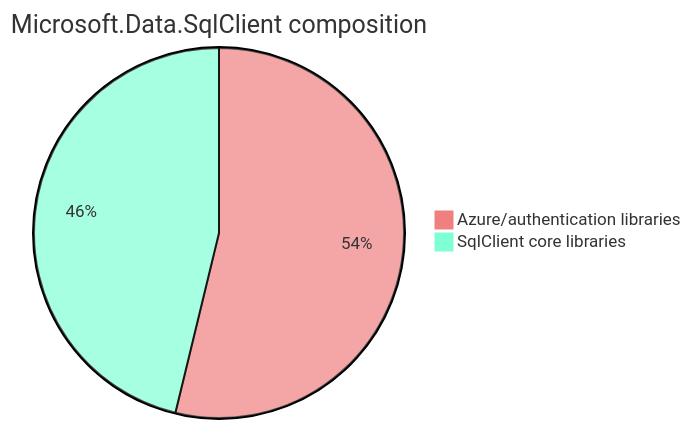
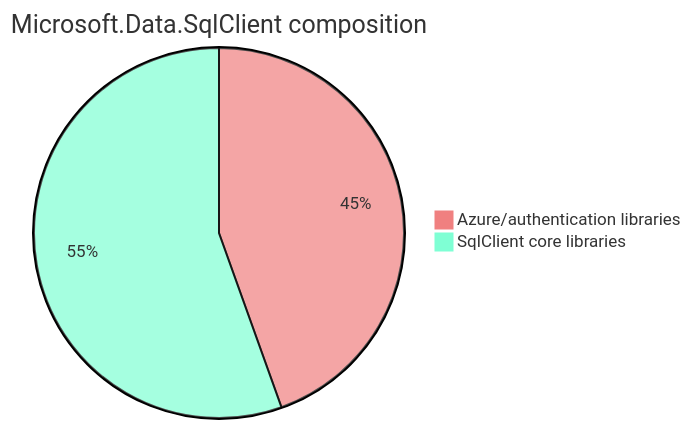
Before and after one commit to 0xced/Chisel: the fourth of 6 diagrams in README.md, drawn with Mermaid. The commit also changed other lines of this file, not shown here.

Commit message:
Update the README to match Microsoft.Data.SqlClient version 6 situation

````diff
--- a/README.md
+++ b/README.md
@@ -289,6 +251,6 @@
 ```mermaid
 %%{ init: { 'theme': 'base', 'themeVariables': { 'pie1': 'lightcoral', 'pie2': 'aquamarine' } } }%%
 pie title Microsoft.Data.SqlClient composition
-  "Azure/authentication libraries" : 3.217
-  "SqlClient core libraries" : 2.764
+  "Azure/authentication libraries" : 2544
+  "SqlClient core libraries" : 3170
 ```
````
